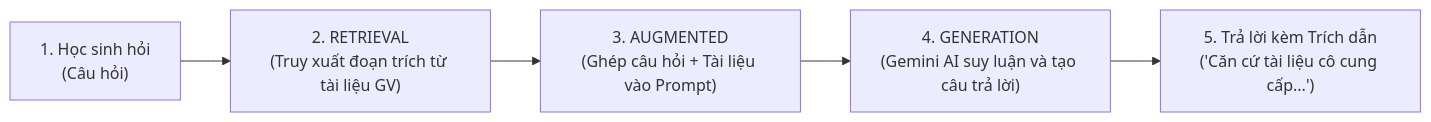
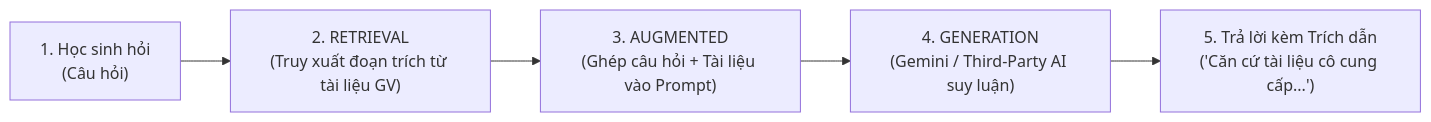
One commit to huytd-git1/chatbot-ngu-van changed the first of 2 diagrams in docs/REPORT.md. Above: the diagram before and after it, drawn with Mermaid. The commit also changed other lines of this file and 8 other files, not shown here.

````diff
--- a/docs/REPORT.md
+++ b/docs/REPORT.md
@@ -16,7 +17,7 @@
 ```mermaid
 graph LR
     A["1. Học sinh hỏi<br>(Câu hỏi)"] --> B["2. RETRIEVAL<br>(Truy xuất đoạn trích từ tài liệu GV)"]
     B --> C["3. AUGMENTED<br>(Ghép câu hỏi + Tài liệu vào Prompt)"]
-    C --> D["4. GENERATION<br>(Gemini AI suy luận và tạo câu trả lời)"]
+    C --> D["4. GENERATION<br>(Gemini / Third-Party AI suy luận)"]
     D --> E["5. Trả lời kèm Trích dẫn<br>('Căn cứ tài liệu cô cung cấp...')"]
 ```
````
